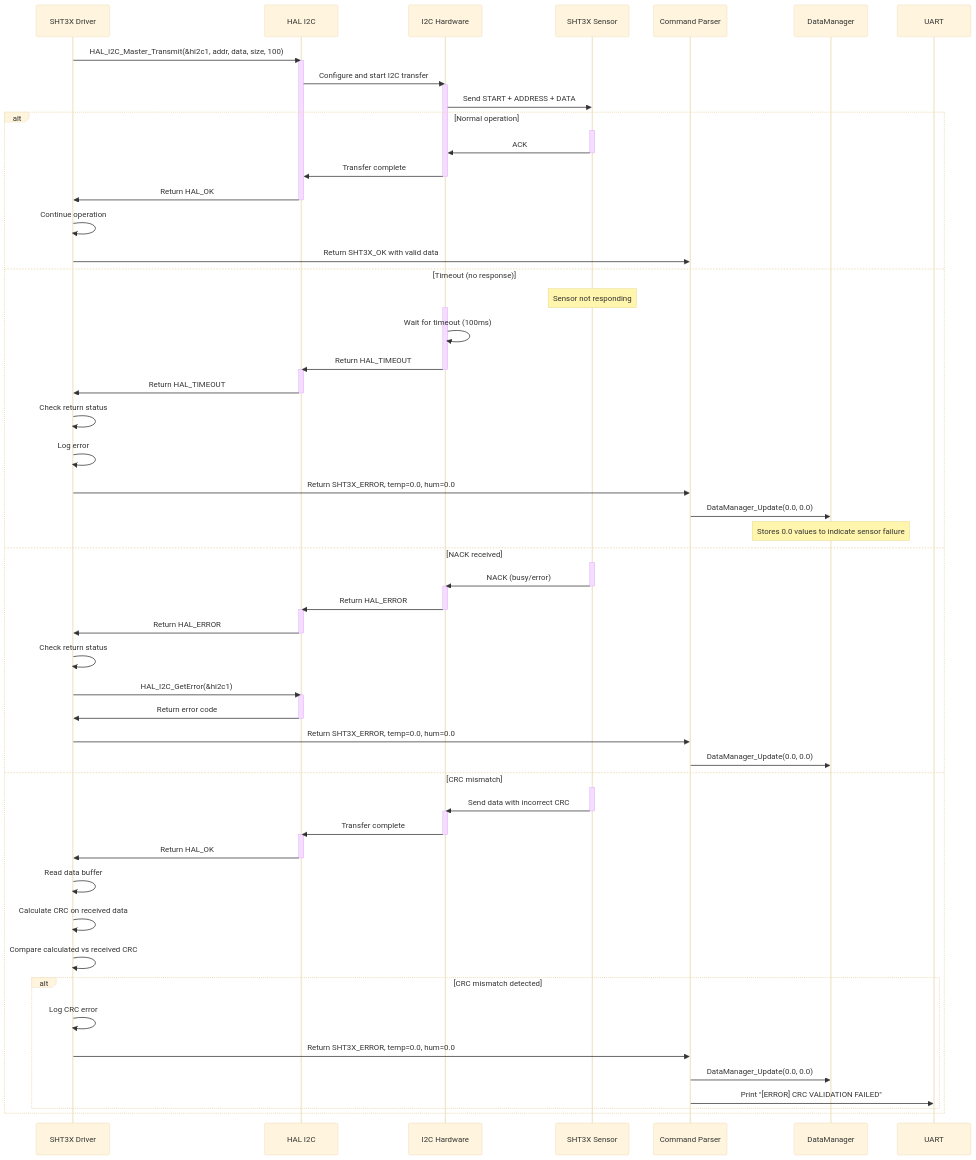
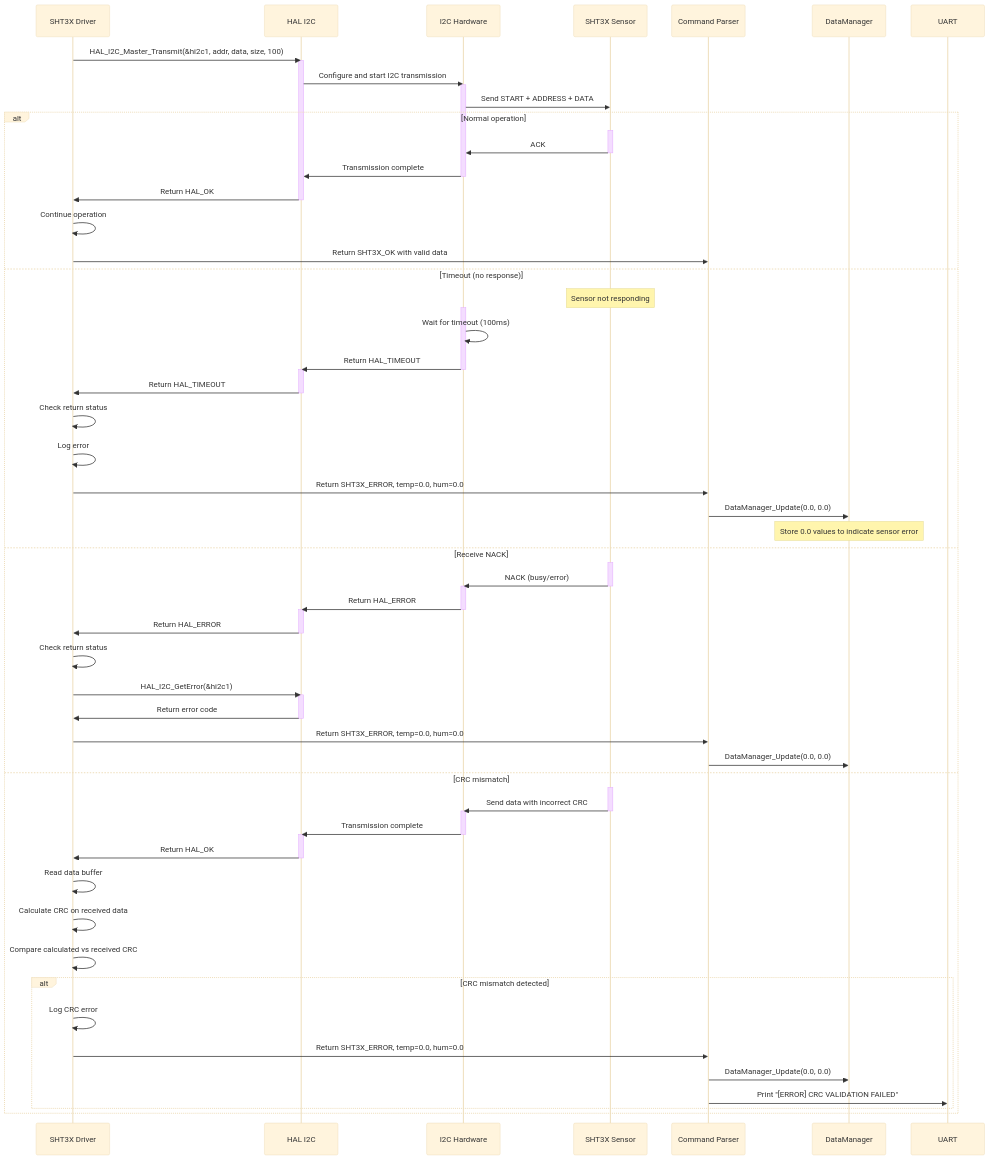
The sixth of 8 diagrams in documents/stm32/SEQUENCE_DIAGRAM_STM32.md (meeTeam05/datalogger), drawn with Mermaid (base theme) before and after one commit. The commit also changed other lines of this file, not shown here.

Commit message:
fix(docs): update sequence diagram content and formatting for clarity in SEQUENCE_DIAGRAM_STM32.md

```diff
--- a/documents/stm32/SEQUENCE_DIAGRAM_STM32.md
+++ b/documents/stm32/SEQUENCE_DIAGRAM_STM32.md
@@ -439,24 +439,24 @@
     participant Parser as Command Parser
     participant DM as DataManager
     participant UART
-    
+
     Driver->>HAL: HAL_I2C_Master_Transmit(&hi2c1, addr, data, size, 100)
     activate HAL
-    HAL->>I2C: Configure and start I2C transfer
+    HAL->>I2C: Configure and start I2C transmission
     activate I2C
     I2C->>Sensor: Send START + ADDRESS + DATA
-    
+
     alt Normal operation
         activate Sensor
         Sensor->>I2C: ACK
         deactivate Sensor
-        I2C->>HAL: Transfer complete
+        I2C->>HAL: Transmission complete
         deactivate I2C
         HAL->>Driver: Return HAL_OK
         deactivate HAL
         Driver->>Driver: Continue operation
         Driver->>Parser: Return SHT3X_OK with valid data
-        
+
     else Timeout (no response)
         Note over Sensor: Sensor not responding
         activate I2C
@@ -466,14 +466,14 @@
         activate HAL
         HAL->>Driver: Return HAL_TIMEOUT
         deactivate HAL
-        
+
         Driver->>Driver: Check return status
         Driver->>Driver: Log error
         Driver->>Parser: Return SHT3X_ERROR, temp=0.0, hum=0.0
         Parser->>DM: DataManager_Update(0.0, 0.0)
-        Note over DM: Stores 0.0 values to indicate sensor failure
-        
-    else NACK received
+        Note over DM: Store 0.0 values to indicate sensor error
+
+    else Receive NACK
         activate Sensor
         Sensor->>I2C: NACK (busy/error)
         deactivate Sensor
@@ -483,7 +483,7 @@
         activate HAL
         HAL->>Driver: Return HAL_ERROR
         deactivate HAL
-        
+
         Driver->>Driver: Check return status
         Driver->>HAL: HAL_I2C_GetError(&hi2c1)
         activate HAL
@@ -491,22 +491,22 @@
         deactivate HAL
         Driver->>Parser: Return SHT3X_ERROR, temp=0.0, hum=0.0
         Parser->>DM: DataManager_Update(0.0, 0.0)
-        
+
     else CRC mismatch
         activate Sensor
         Sensor->>I2C: Send data with incorrect CRC
         deactivate Sensor
         activate I2C
-        I2C->>HAL: Transfer complete
+        I2C->>HAL: Transmission complete
         deactivate I2C
         activate HAL
         HAL->>Driver: Return HAL_OK
         deactivate HAL
-        
+
         Driver->>Driver: Read data buffer
         Driver->>Driver: Calculate CRC on received data
         Driver->>Driver: Compare calculated vs received CRC
-        
+
         alt CRC mismatch detected
             Driver->>Driver: Log CRC error
             Driver->>Parser: Return SHT3X_ERROR, temp=0.0, hum=0.0
```
